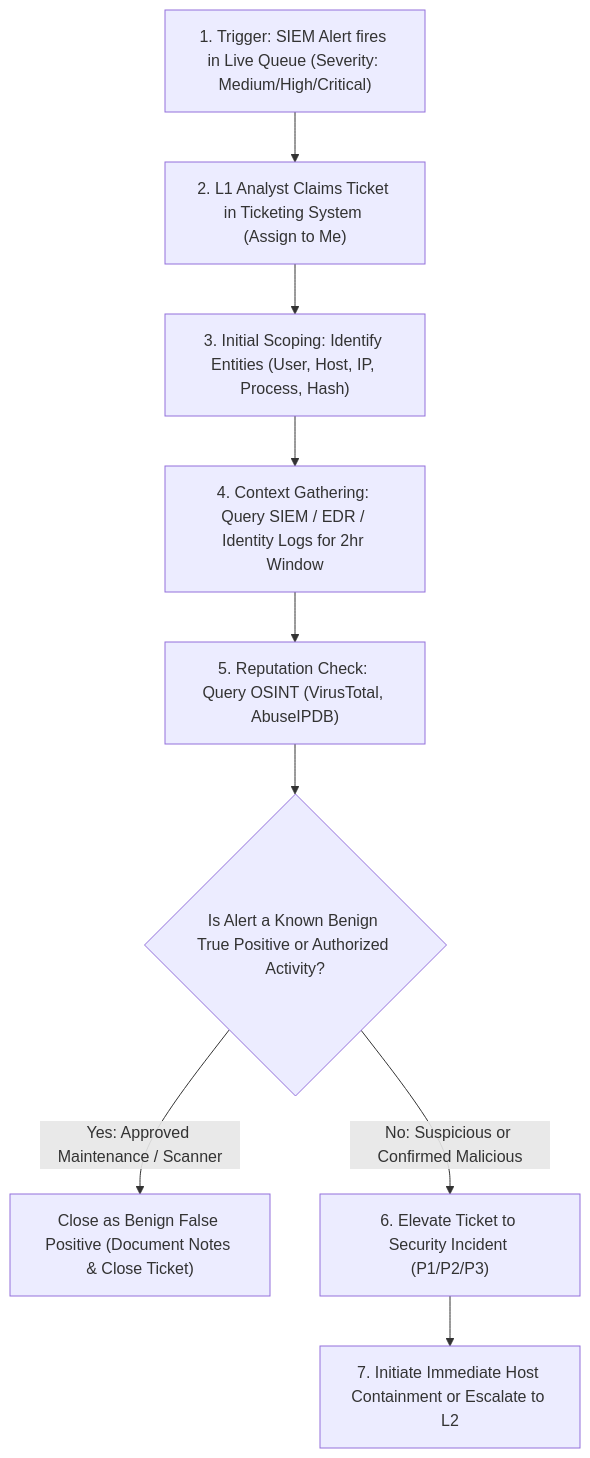
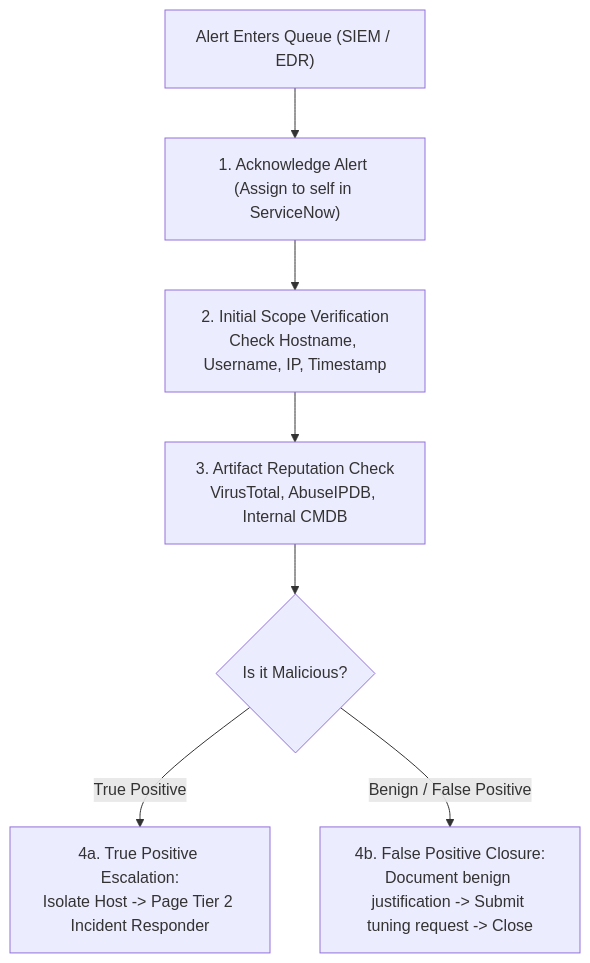
The diagram in SOC/05_Workflows_and_Processes/01_Alert_Ingestion_and_Queue_Triage.md (varunks04/CBS-Roleplay), drawn with Mermaid before and after one commit. The commit also changed other lines of this file and 40 other files, not shown here.

````diff
--- a/SOC/05_Workflows_and_Processes/01_Alert_Ingestion_and_Queue_Triage.md
+++ b/SOC/05_Workflows_and_Processes/01_Alert_Ingestion_and_Queue_Triage.md
@@ -9,11 +24,10 @@
 ```mermaid
 flowchart TD
-    A["1. Trigger: SIEM Alert fires in Live Queue (Severity: Medium/High/Critical)"] --> B["2. L1 Analyst Claims Ticket in Ticketing System (Assign to Me)"]
-    B --> C["3. Initial Scoping: Identify Entities (User, Host, IP, Process, Hash)"]
-    C --> D["4. Context Gathering: Query SIEM / EDR / Identity Logs for 2hr Window"]
-    D --> E["5. Reputation Check: Query OSINT (VirusTotal, AbuseIPDB)"]
-    E --> F{"Is Alert a Known Benign True Positive or Authorized Activity?"}
-    F -->|Yes: Approved Maintenance / Scanner| G["Close as Benign False Positive (Document Notes & Close Ticket)"]
-    F -->|No: Suspicious or Confirmed Malicious| H["6. Elevate Ticket to Security Incident (P1/P2/P3)"]
-    H --> I["7. Initiate Immediate Host Containment or Escalate to L2"]
+    Alert["Alert Enters Queue (SIEM / EDR)"] --> Ack["1. Acknowledge Alert (Assign to self in ServiceNow)"]
+    Ack --> Scope["2. Initial Scope Verification<br/>Check Hostname, Username, IP, Timestamp"]
+    Scope --> Reputation["3. Artifact Reputation Check<br/>VirusTotal, AbuseIPDB, Internal CMDB"]
+    Reputation --> Decision{Is it Malicious?}
+    
+    Decision -->|True Positive| Escalate["4a. True Positive Escalation:<br/>Isolate Host -> Page Tier 2 Incident Responder"]
+    Decision -->|Benign / False Positive| Close["4b. False Positive Closure:<br/>Document benign justification -> Submit tuning request -> Close"]
 ```
````
